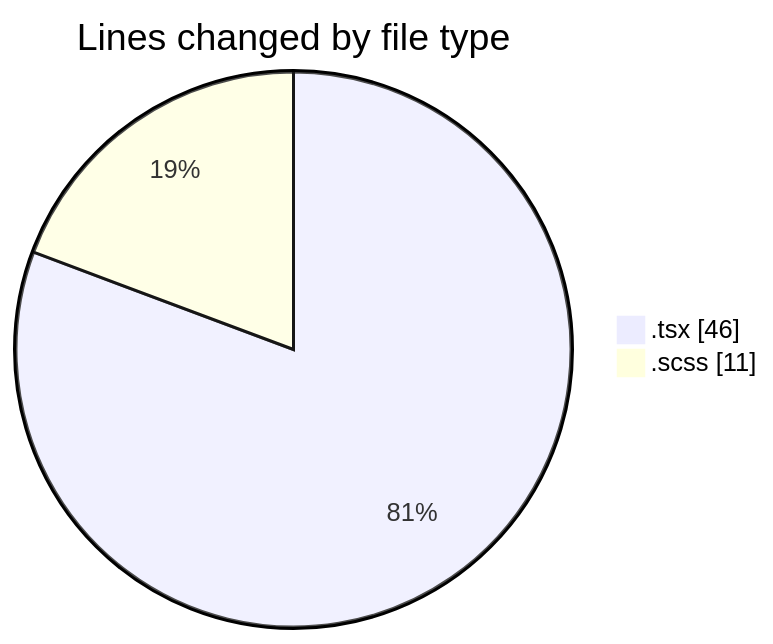
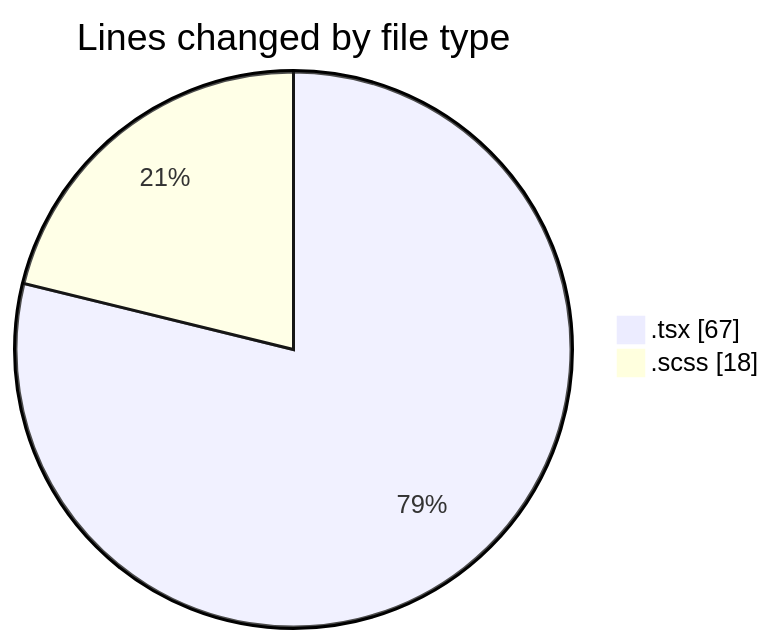
Before and after one commit to momahboobian/code-tracking: the first of 2 diagrams in 2026-04-16/cda/README.md, drawn with Mermaid. The commit also changed other lines of this file and 1 other file, not shown here.

````diff
--- a/2026-04-16/cda/README.md
+++ b/2026-04-16/cda/README.md
@@ -21,6 +22,6 @@
 ```mermaid
 pie showData
 title Lines changed by file type
-".tsx" : 46
-".scss" : 11
+".tsx" : 67
+".scss" : 18
 ```
````
